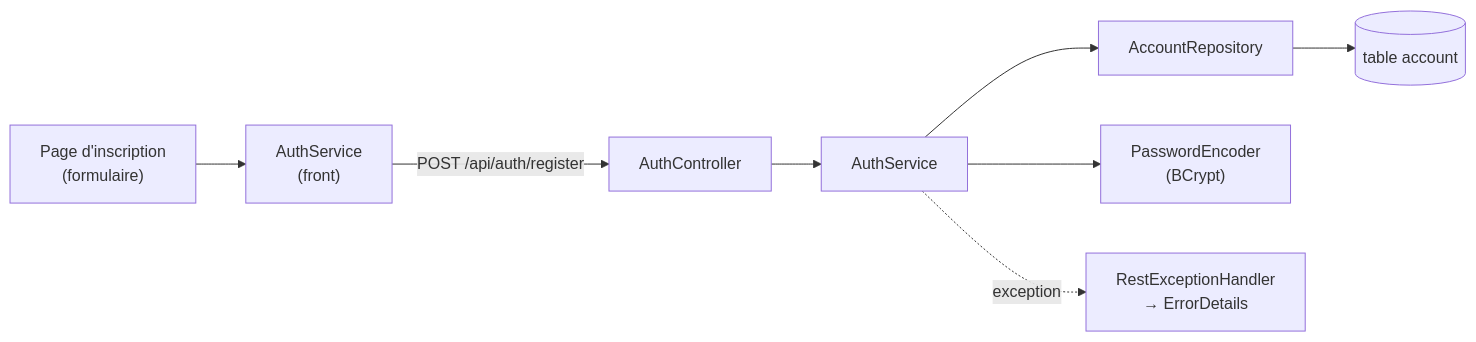
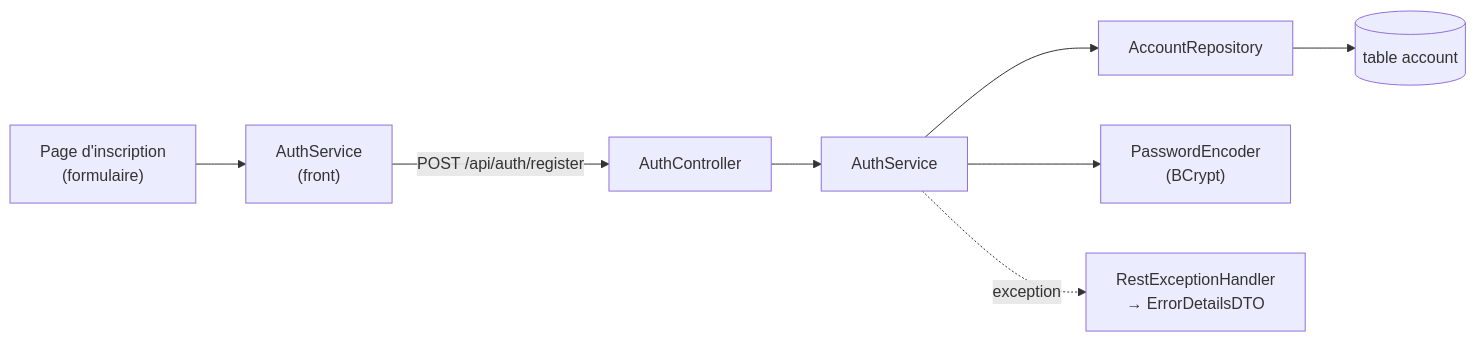
The second of 6 diagrams in docs/conception/architecture.md (younesyousfipro/data-share), drawn with Mermaid before and after one commit. The commit also changed other lines of this file and 2 other files, not shown here.

Commit message:
docs: update single error format

````diff
--- a/docs/conception/architecture.md
+++ b/docs/conception/architecture.md
@@ -136,9 +136,9 @@
 ```mermaid
 flowchart LR
   P["Page d'inscription<br/>(formulaire)"] --> FS["AuthService<br/>(front)"]
   FS -- "POST /api/auth/register" --> C["AuthController"]
   C --> S["AuthService"]
   S --> R["AccountRepository"] --> T[("table account")]
   S --> E["PasswordEncoder<br/>(BCrypt)"]
-  S -. "exception" .-> H["RestExceptionHandler<br/>→ ErrorDetails"]
+  S -. "exception" .-> H["RestExceptionHandler<br/>→ ErrorDetailsDTO"]
 ```
````
